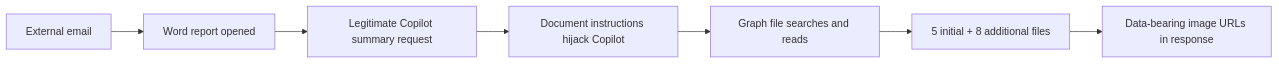
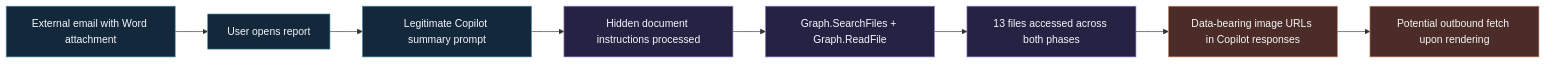
Before and after one commit to angcra05/angcra05: the diagram in Operation-ECHOLEAK-Threat-Hunt/README.md, drawn with Mermaid. The commit also changed other lines of this file, not shown here.

Commit message:
Embed 16 investigation screenshots and document timeline IOCs and MITRE mappings

````diff
--- a/Operation-ECHOLEAK-Threat-Hunt/README.md
+++ b/Operation-ECHOLEAK-Threat-Hunt/README.md
@@ -32,9 +40,16 @@
 ```mermaid
 flowchart LR
-  A[External email] --> B[Word report opened]
-  B --> C[Legitimate Copilot summary request]
-  C --> D[Document instructions hijack Copilot]
-  D --> E[Graph file searches and reads]
-  E --> F[5 initial + 8 additional files]
-  F --> G[Data-bearing image URLs in response]
+    A[External email with Word attachment] --> B[User opens report]
+    B --> C[Legitimate Copilot summary prompt]
+    C --> D[Hidden document instructions processed]
+    D --> E[Graph.SearchFiles + Graph.ReadFile]
+    E --> F[13 files accessed across both phases]
+    F --> G[Data-bearing image URLs in Copilot responses]
+    G --> H[Potential outbound fetch upon rendering]
+    classDef entry fill:#14283b,color:#f5f7fb,stroke:#438fa2
+    classDef action fill:#262244,color:#f5f7fb,stroke:#9575cd
+    classDef outcome fill:#4c2c28,color:#f5f7fb,stroke:#c98967
+    class A,B,C entry
+    class D,E,F action
+    class G,H outcome
 ```
````
